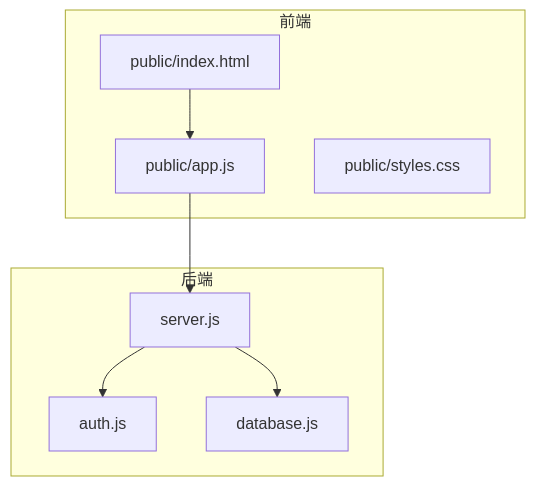
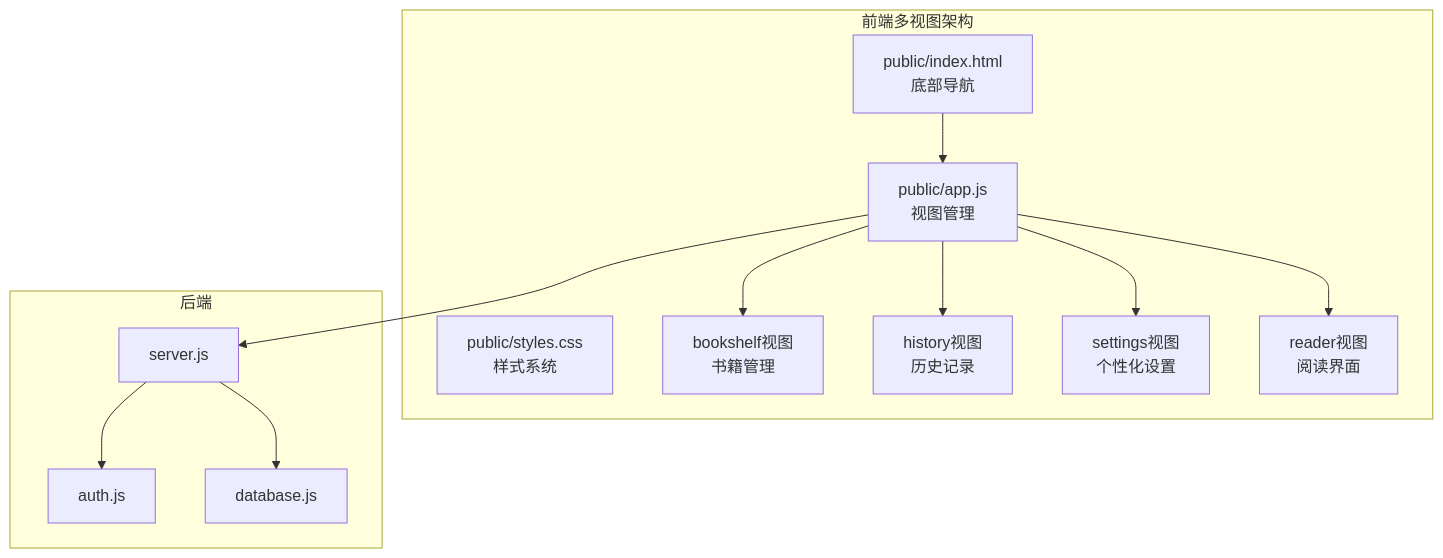
One commit to 1431529361/aread changed the first of 4 diagrams in .qoder/repowiki/zh/content/用户指南/阅读体验.md. Above: the diagram before and after it, drawn with Mermaid. The commit also changed other lines of this file and 32 other files, not shown here.

````diff
--- a/.qoder/repowiki/zh/content/用户指南/阅读体验.md
+++ b/.qoder/repowiki/zh/content/用户指南/阅读体验.md
@@ -45,17 +52,25 @@
 ```mermaid
 graph TB
-subgraph "前端"
-HTML["public/index.html"]
-JS["public/app.js"]
-CSS["public/styles.css"]
+subgraph "前端多视图架构"
+HTML["public/index.html<br/>底部导航"]
+JS["public/app.js<br/>视图管理"]
+CSS["public/styles.css<br/>样式系统"]
+BOOKS["bookshelf视图<br/>书籍管理"]
+HISTORY["history视图<br/>历史记录"]
+SETTINGS["settings视图<br/>个性化设置"]
+READER["reader视图<br/>阅读界面"]
 end
 subgraph "后端"
 SRV["server.js"]
 AUTH["auth.js"]
 DB["database.js"]
 end
 HTML --> JS
+JS --> BOOKS
+JS --> HISTORY
+JS --> SETTINGS
+JS --> READER
 JS --> SRV
 SRV --> AUTH
 SRV --> DB
 ```
````
